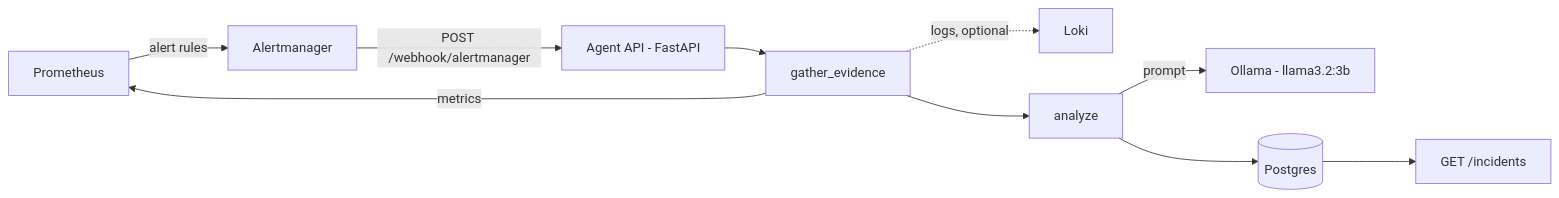
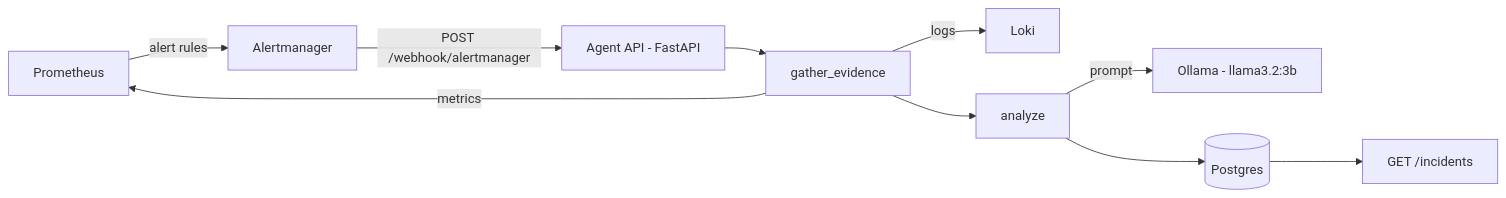
The diagram in README.md (sahilransing2004-netizen/incident-response-agent), drawn with Mermaid before and after one commit. The commit also changed other lines of this file, not shown here.

Commit message:
README: Loki is part of the stack

````diff
--- a/README.md
+++ b/README.md
@@ -11,12 +11,12 @@
 ```mermaid
 flowchart LR
     P[Prometheus] -->|alert rules| A[Alertmanager]
     A -->|POST /webhook/alertmanager| G[Agent API - FastAPI]
     G --> E[gather_evidence]
     E -->|metrics| P
-    E -.->|logs, optional| L[Loki]
+    E -->|logs| L[Loki]
     E --> N[analyze]
     N -->|prompt| O[Ollama - llama3.2:3b]
     N --> D[(Postgres)]
     D --> I[GET /incidents]
 ```
````
